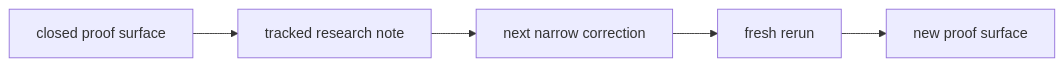
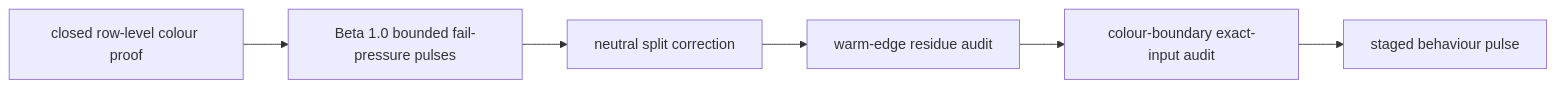
The diagram in docs/research/README.md (tryskian/huemiliator), drawn with Mermaid before and after one commit. The commit also changed other lines of this file and 11 other files, not shown here.

````diff
--- a/docs/research/README.md
+++ b/docs/research/README.md
@@ -150,10 +26,8 @@
 ```mermaid
 flowchart LR
-  A["closed proof surface"]
-  B["tracked research note"]
-  C["next narrow correction"]
-  D["fresh rerun"]
-  E["new proof surface"]
-
-  A --> B --> C --> D --> E
+  A["closed row-level colour proof"] --> B["Beta 1.0 bounded fail-pressure pulses"]
+  B --> C["neutral split correction"]
+  C --> D["warm-edge residue audit"]
+  D --> E["colour-boundary exact-input audit"]
+  E --> F["staged behaviour pulse"]
 ```
````
